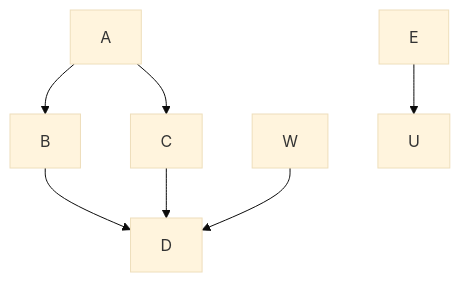
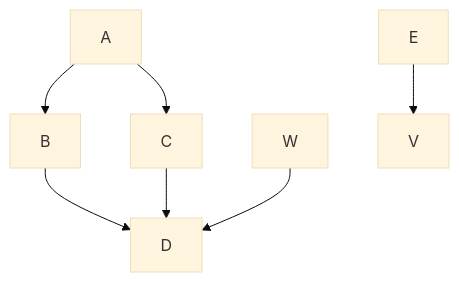
One commit to avergnaud/wiki-mermaid changed the diagram in README.md. Above: the diagram before and after it, drawn with Mermaid (base theme). The commit also changed other lines of this file, not shown here.

Commit message:
graphe mermaid - partie wiki KO

````diff
--- a/README.md
+++ b/README.md
@@ -32,9 +32,9 @@
 ```mermaid
 graph TD;
     A-->B;
     A-->C;
     B-->D;
     C-->D;
     W-->D;
-    E-->U;
+    E-->V;
 ```
````
